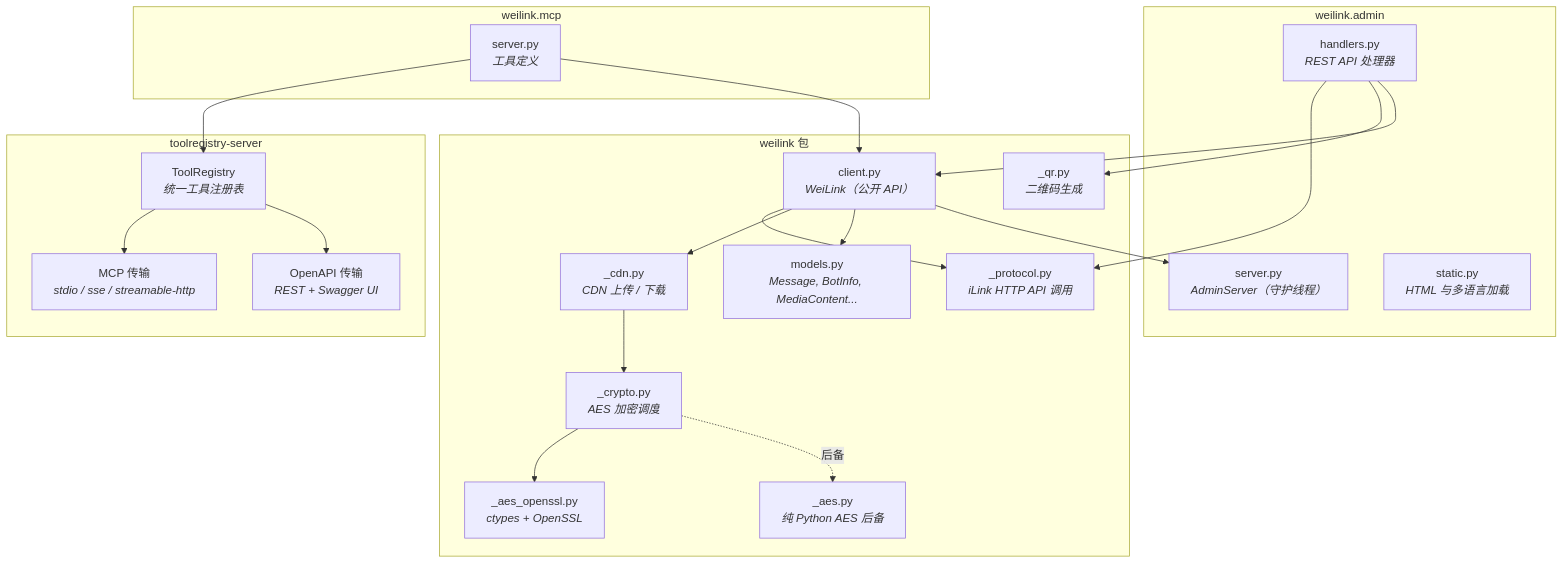
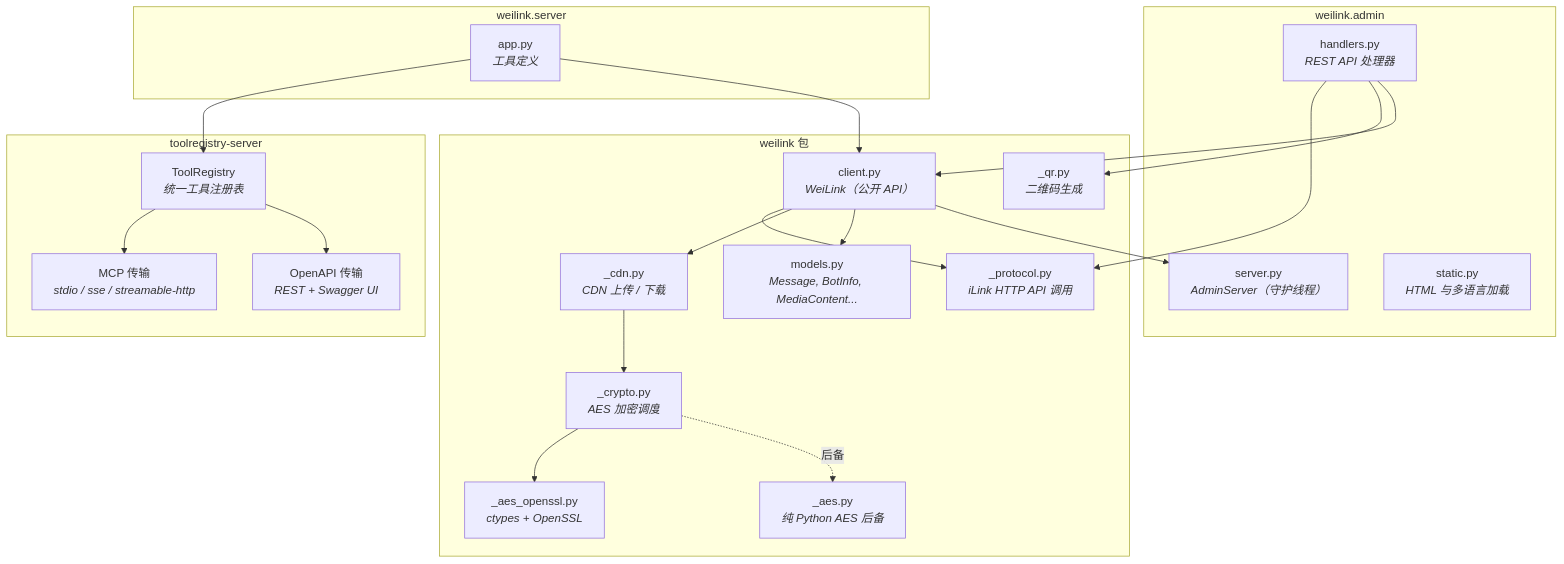
One commit to Oaklight/weilink changed the first of 10 diagrams in docs/architecture.md. Above: the diagram before and after it, drawn with Mermaid. The commit also changed other lines of this file and 2 other files, not shown here.

Commit message:
Update docs for weilink.mcp → weilink.server rename
Update module paths in architecture diagrams, MCP server usage
examples, and add breaking change entry to changelog.

````diff
--- a/docs/architecture.md
+++ b/docs/architecture.md
@@ -7,44 +7,44 @@
 ```mermaid
 graph TB
     subgraph "weilink 包"
         client["client.py<br/><i>WeiLink（公开 API）</i>"]
         models["models.py<br/><i>Message, BotInfo, MediaContent...</i>"]
         protocol["_protocol.py<br/><i>iLink HTTP API 调用</i>"]
         cdn["_cdn.py<br/><i>CDN 上传 / 下载</i>"]
         crypto["_crypto.py<br/><i>AES 加密调度</i>"]
         aes_ssl["_aes_openssl.py<br/><i>ctypes + OpenSSL</i>"]
         aes_py["_aes.py<br/><i>纯 Python AES 后备</i>"]
         qr["_qr.py<br/><i>二维码生成</i>"]
     end
 
     subgraph "weilink.admin"
         admin_srv["server.py<br/><i>AdminServer（守护线程）</i>"]
         admin_hdl["handlers.py<br/><i>REST API 处理器</i>"]
         admin_stc["static.py<br/><i>HTML 与多语言加载</i>"]
     end
 
-    subgraph "weilink.mcp"
-        mcp_srv["server.py<br/><i>工具定义</i>"]
+    subgraph "weilink.server"
+        mcp_srv["app.py<br/><i>工具定义</i>"]
     end
 
     subgraph "toolregistry-server"
         tr["ToolRegistry<br/><i>统一工具注册表</i>"]
         mcp_out["MCP 传输<br/><i>stdio / sse / streamable-http</i>"]
         openapi_out["OpenAPI 传输<br/><i>REST + Swagger UI</i>"]
     end
 
     client --> protocol
     client --> cdn
     client --> models
     client --> admin_srv
     cdn --> crypto
     crypto --> aes_ssl
     crypto -.->|后备| aes_py
     admin_hdl --> protocol
     admin_hdl --> qr
     admin_hdl --> client
     mcp_srv --> tr
     tr --> mcp_out
     tr --> openapi_out
     mcp_srv --> client
 ```
````
